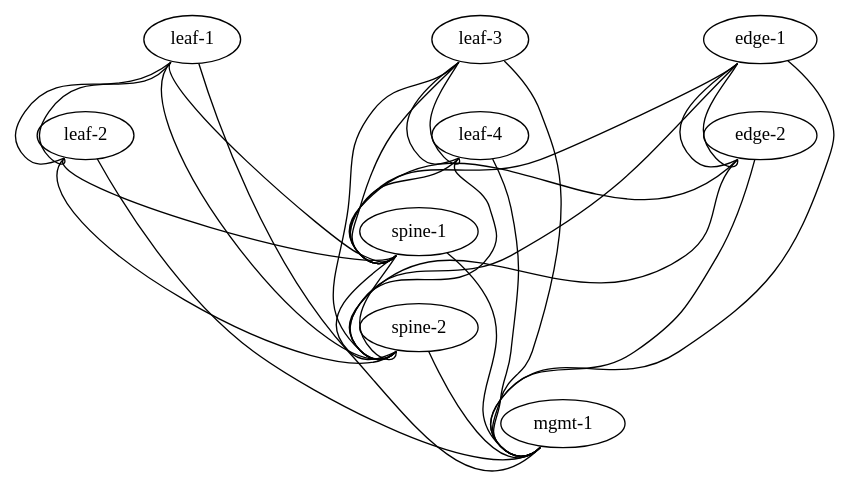
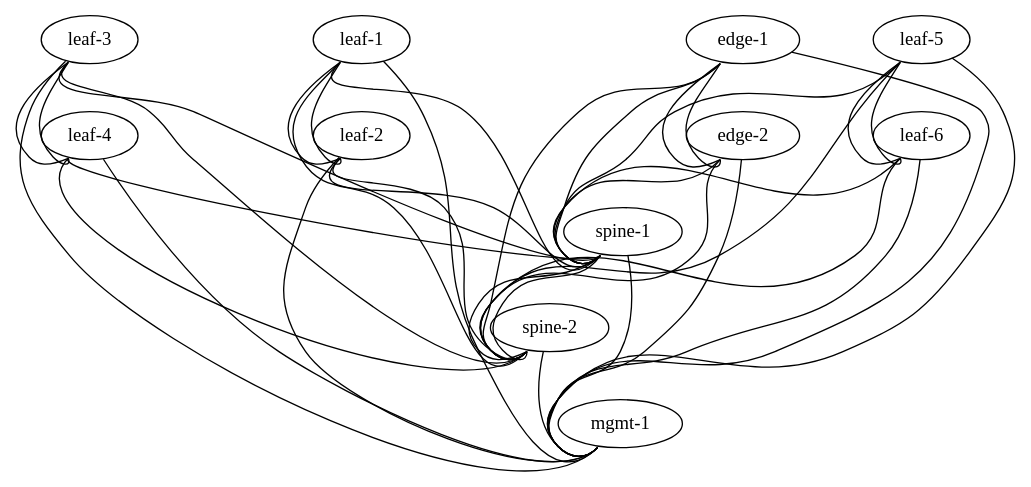
Before and after one commit to berndonline/cumulus-lab-vagrant: the diagram in topology-staging.dot, drawn with Graphviz. The commit also changed 4 other files, not shown here.

```diff
--- a/topology-staging.dot
+++ b/topology-staging.dot
@@ -1,45 +1,55 @@
 graph vx {
- "leaf-1" [function="leaf" vagrant="eth1" as="CumulusCommunity/cumulus-vx" version="3.3.2" memory="512" config="./helper_scripts/config_staging_switch.sh" ]
- "leaf-2" [function="leaf" vagrant="eth1" os="CumulusCommunity/cumulus-vx" version="3.3.2" memory="512" config="./helper_scripts/config_staging_switch.sh" ]
- "leaf-3" [function="leaf" vagrant="eth1" os="CumulusCommunity/cumulus-vx" version="3.3.2" memory="512" config="./helper_scripts/config_staging_switch.sh" ]
- "leaf-4" [function="leaf" vagrant="eth1" os="CumulusCommunity/cumulus-vx" version="3.3.2" memory="512" config="./helper_scripts/config_staging_switch.sh" ]
- "spine-1" [function="spine" vagrant="eth1" os="CumulusCommunity/cumulus-vx" version="3.3.2" memory="512" config="./helper_scripts/config_staging_switch.sh" ]
- "spine-2" [function="spine" vagrant="eth1" os="CumulusCommunity/cumulus-vx" version="3.3.2" memory="512" config="./helper_scripts/config_staging_switch.sh" ]
- "edge-1" [function="edge" vagrant="eth1" os="CumulusCommunity/cumulus-vx" version="3.3.2" memory="512" config="./helper_scripts/config_staging_switch.sh" ]
- "edge-2" [function="edge" vagrant="eth1" os="CumulusCommunity/cumulus-vx" version="3.3.2" memory="512" config="./helper_scripts/config_staging_switch.sh" ]
- "mgmt-1" [function="mgmt" vagrant="eth1" os="CumulusCommunity/cumulus-vx" version="3.3.2" memory="512" config="./helper_scripts/config_mgmt_staging_switch.sh" ]
+ "leaf-1" [function="leaf" vagrant="eth1" as="CumulusCommunity/cumulus-vx" version="3.4.3" memory="512" config="./helper_scripts/config_staging_switch.sh" ]
+ "leaf-2" [function="leaf" vagrant="eth1" os="CumulusCommunity/cumulus-vx" version="3.4.3" memory="512" config="./helper_scripts/config_staging_switch.sh" ]
+ "leaf-3" [function="leaf" vagrant="eth1" os="CumulusCommunity/cumulus-vx" version="3.4.3" memory="512" config="./helper_scripts/config_staging_switch.sh" ]
+ "leaf-4" [function="leaf" vagrant="eth1" os="CumulusCommunity/cumulus-vx" version="3.4.3" memory="512" config="./helper_scripts/config_staging_switch.sh" ]
+ "leaf-5" [function="leaf" vagrant="eth1" os="CumulusCommunity/cumulus-vx" version="3.4.3" memory="512" config="./helper_scripts/config_staging_switch.sh" ]
+ "leaf-6" [function="leaf" vagrant="eth1" os="CumulusCommunity/cumulus-vx" version="3.4.3" memory="512" config="./helper_scripts/config_staging_switch.sh" ]
+ "spine-1" [function="spine" vagrant="eth1" os="CumulusCommunity/cumulus-vx" version="3.4.3" memory="512" config="./helper_scripts/config_staging_switch.sh" ]
+ "spine-2" [function="spine" vagrant="eth1" os="CumulusCommunity/cumulus-vx" version="3.4.3" memory="512" config="./helper_scripts/config_staging_switch.sh" ]
+ "edge-1" [function="edge" vagrant="eth1" os="CumulusCommunity/cumulus-vx" version="3.4.3" memory="512" config="./helper_scripts/config_staging_switch.sh" ]
+ "edge-2" [function="edge" vagrant="eth1" os="CumulusCommunity/cumulus-vx" version="3.4.3" memory="512" config="./helper_scripts/config_staging_switch.sh" ]
+ "mgmt-1" [function="mgmt" vagrant="eth1" os="CumulusCommunity/cumulus-vx" version="3.4.3" memory="512" config="./helper_scripts/config_mgmt_staging_switch.sh" ]
 
  "leaf-1":"swp51" -- "spine-1":"swp1"
  "leaf-2":"swp51" -- "spine-1":"swp2"
  "leaf-3":"swp51" -- "spine-1":"swp3"
  "leaf-4":"swp51" -- "spine-1":"swp4"
+ "leaf-5":"swp51" -- "spine-1":"swp5"
+ "leaf-6":"swp51" -- "spine-1":"swp6"
  "leaf-1":"swp52" -- "spine-2":"swp1"
  "leaf-2":"swp52" -- "spine-2":"swp2"
  "leaf-3":"swp52" -- "spine-2":"swp3"
  "leaf-4":"swp52" -- "spine-2":"swp4"
+ "leaf-5":"swp52" -- "spine-2":"swp5"
+ "leaf-6":"swp52" -- "spine-2":"swp6"
 
  "leaf-1":"swp53" -- "leaf-2":"swp53"
  "leaf-1":"swp54" -- "leaf-2":"swp54"
  "leaf-3":"swp53" -- "leaf-4":"swp53"
  "leaf-3":"swp54" -- "leaf-4":"swp54"
+ "leaf-5":"swp53" -- "leaf-6":"swp53"
+ "leaf-5":"swp54" -- "leaf-6":"swp54"
 
  "spine-1":"swp53" -- "spine-2":"swp53"
  "spine-1":"swp54" -- "spine-2":"swp54"
  "edge-1":"swp53" -- "edge-2":"swp53"
  "edge-1":"swp54" -- "edge-2":"swp54"
 
  "edge-1":"swp51" -- "spine-1":"swp51"
  "edge-1":"swp52" -- "spine-2":"swp51"
  "edge-2":"swp51" -- "spine-1":"swp52"
  "edge-2":"swp52" -- "spine-2":"swp52"
 
 
  "leaf-1":"eth0" -- "mgmt-1":"swp1" [left_mac="a0:00:00:00:00:11"]
  "leaf-2":"eth0" -- "mgmt-1":"swp2" [left_mac="a0:00:00:00:00:12"]
  "leaf-3":"eth0" -- "mgmt-1":"swp3" [left_mac="a0:00:00:00:00:13"]
  "leaf-4":"eth0" -- "mgmt-1":"swp4" [left_mac="a0:00:00:00:00:14"]
+ "leaf-5":"eth0" -- "mgmt-1":"swp5" [left_mac="a0:00:00:00:00:15"]
+ "leaf-6":"eth0" -- "mgmt-1":"swp6" [left_mac="a0:00:00:00:00:16"]
  "spine-1":"eth0" -- "mgmt-1":"swp7" [left_mac="a0:00:00:00:00:21"]
  "spine-2":"eth0" -- "mgmt-1":"swp8" [left_mac="a0:00:00:00:00:22"]
- "edge-1":"eth0" -- "mgmt-1":"swp5" [left_mac="a0:00:00:00:00:41"]
- "edge-2":"eth0" -- "mgmt-1":"swp6" [left_mac="a0:00:00:00:00:42"]
+ "edge-1":"eth0" -- "mgmt-1":"swp9" [left_mac="a0:00:00:00:00:41"]
+ "edge-2":"eth0" -- "mgmt-1":"swp10" [left_mac="a0:00:00:00:00:42"]
 }
```
